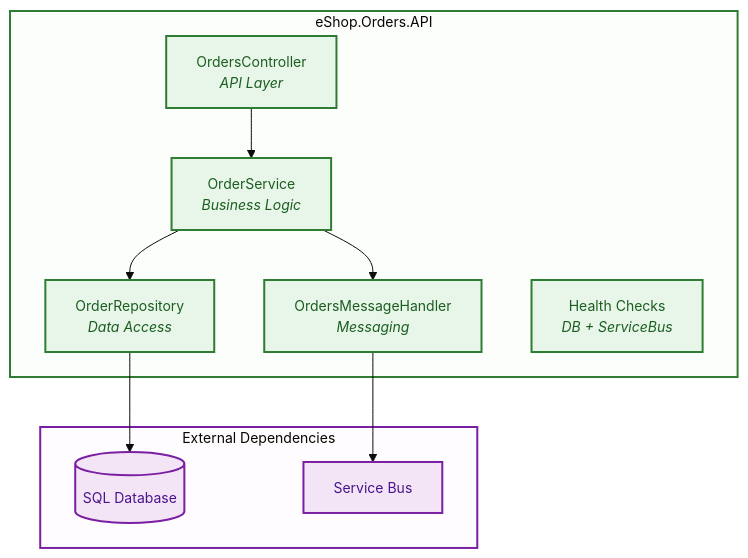
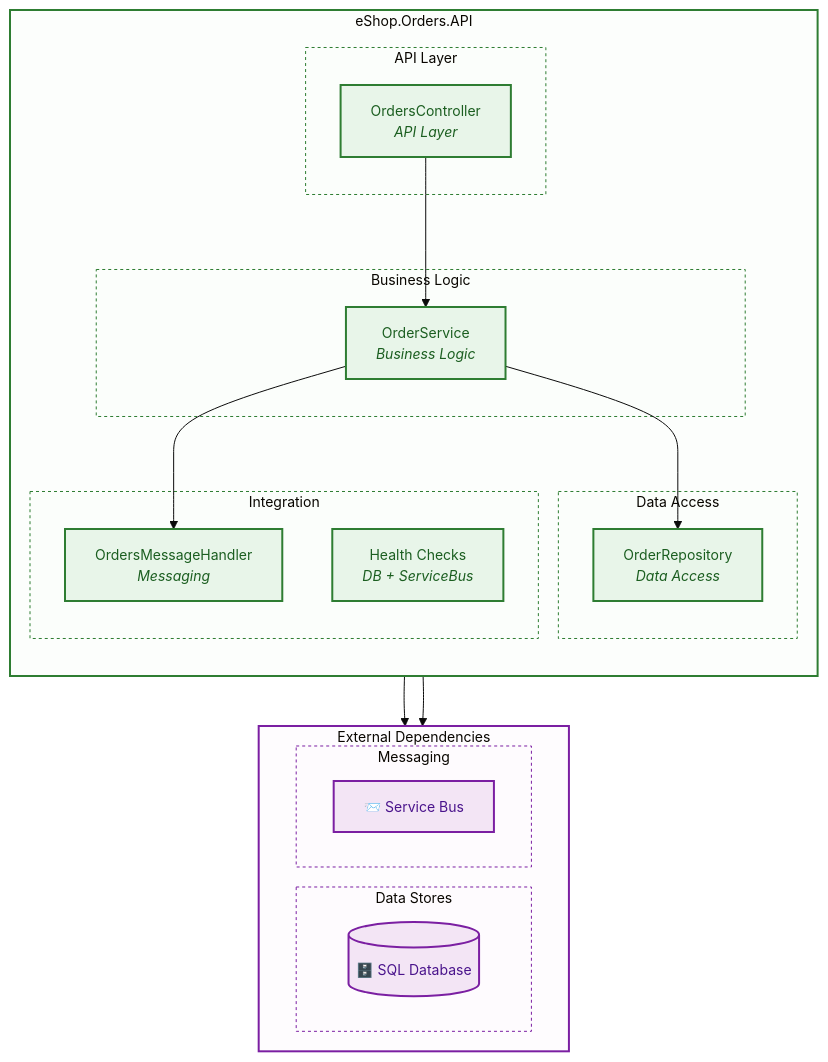
One commit to Evilazaro/Azure-LogicApps-Monitoring changed the second of 5 diagrams in docs/architecture/03-application-architecture.md. Above: the diagram before and after it, drawn with Mermaid. The commit also changed other lines of this file, not shown here.

Commit message:
Refactor application architecture diagrams with improved subgraph organization and styling for enhanced clarity and visual grouping

````diff
--- a/docs/architecture/03-application-architecture.md
+++ b/docs/architecture/03-application-architecture.md
@@ -148,33 +169,53 @@
 ```mermaid
 %%{init: {'theme': 'base', 'themeVariables': { 'fontSize': '14px'}}}%%
 flowchart TB
     subgraph API["eShop.Orders.API"]
-        Controller["OrdersController<br/><i>API Layer</i>"]
-        Service["OrderService<br/><i>Business Logic</i>"]
-        Repository["OrderRepository<br/><i>Data Access</i>"]
-        Handler["OrdersMessageHandler<br/><i>Messaging</i>"]
-        HealthChecks["Health Checks<br/><i>DB + ServiceBus</i>"]
+        direction TB
+        subgraph APILayer["API Layer"]
+            Controller["OrdersController<br/><i>API Layer</i>"]
+        end
+        subgraph BusinessLogic["Business Logic"]
+            Service["OrderService<br/><i>Business Logic</i>"]
+        end
+        subgraph DataAccess["Data Access"]
+            Repository["OrderRepository<br/><i>Data Access</i>"]
+        end
+        subgraph Integration["Integration"]
+            Handler["OrdersMessageHandler<br/><i>Messaging</i>"]
+            HealthChecks["Health Checks<br/><i>DB + ServiceBus</i>"]
+        end
     end
 
     subgraph External["External Dependencies"]
-        DB[("SQL Database")]
-        SB["Service Bus"]
+        direction LR
+        subgraph DataStores["Data Stores"]
+            DB[("🗄️ SQL Database")]
+        end
+        subgraph Messaging["Messaging"]
+            SB["📨 Service Bus"]
+        end
     end
 
     Controller --> Service
     Service --> Repository
     Service --> Handler
     Repository --> DB
     Handler --> SB
 
     %% Accessible color palette
     classDef internal fill:#e8f5e9,stroke:#2e7d32,stroke-width:2px,color:#1b5e20
     classDef external fill:#f3e5f5,stroke:#7b1fa2,stroke-width:2px,color:#4a148c
 
     class Controller,Service,Repository,Handler,HealthChecks internal
     class DB,SB external
 
     %% Subgraph container styling for visual layer grouping
     style API fill:#e8f5e922,stroke:#2e7d32,stroke-width:2px
     style External fill:#f3e5f522,stroke:#7b1fa2,stroke-width:2px
+    style APILayer fill:#e8f5e911,stroke:#2e7d32,stroke-width:1px,stroke-dasharray:3
+    style BusinessLogic fill:#e8f5e911,stroke:#2e7d32,stroke-width:1px,stroke-dasharray:3
+    style DataAccess fill:#e8f5e911,stroke:#2e7d32,stroke-width:1px,stroke-dasharray:3
+    style Integration fill:#e8f5e911,stroke:#2e7d32,stroke-width:1px,stroke-dasharray:3
+    style DataStores fill:#f3e5f511,stroke:#7b1fa2,stroke-width:1px,stroke-dasharray:3
+    style Messaging fill:#f3e5f511,stroke:#7b1fa2,stroke-width:1px,stroke-dasharray:3
 ```
````
